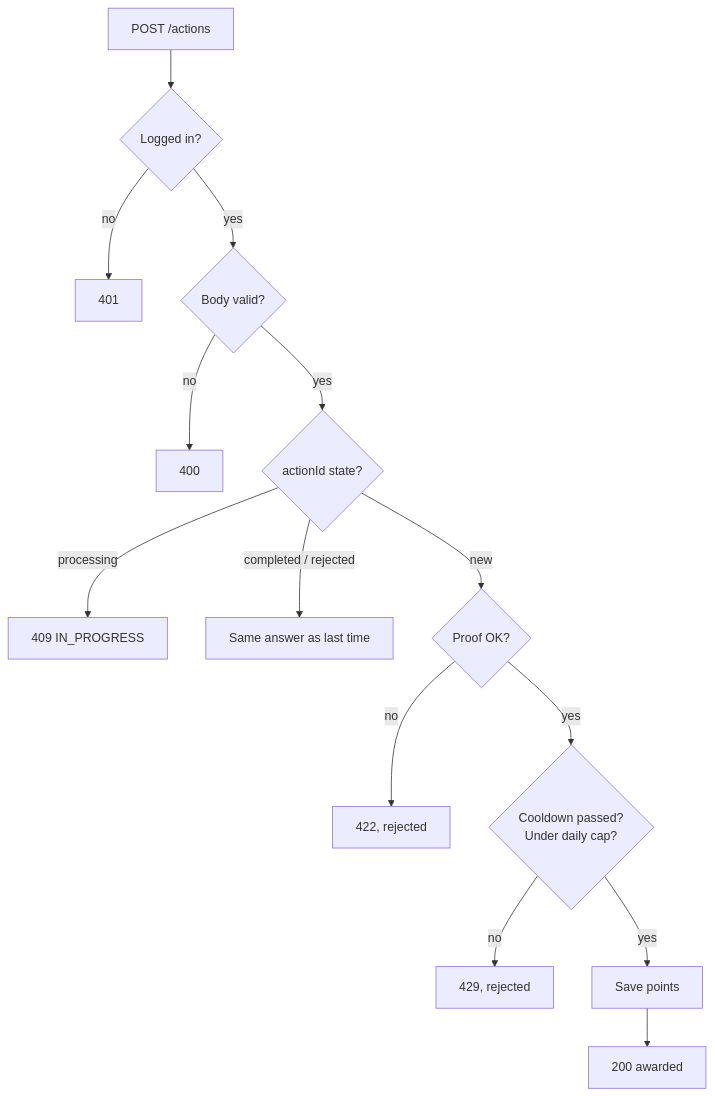
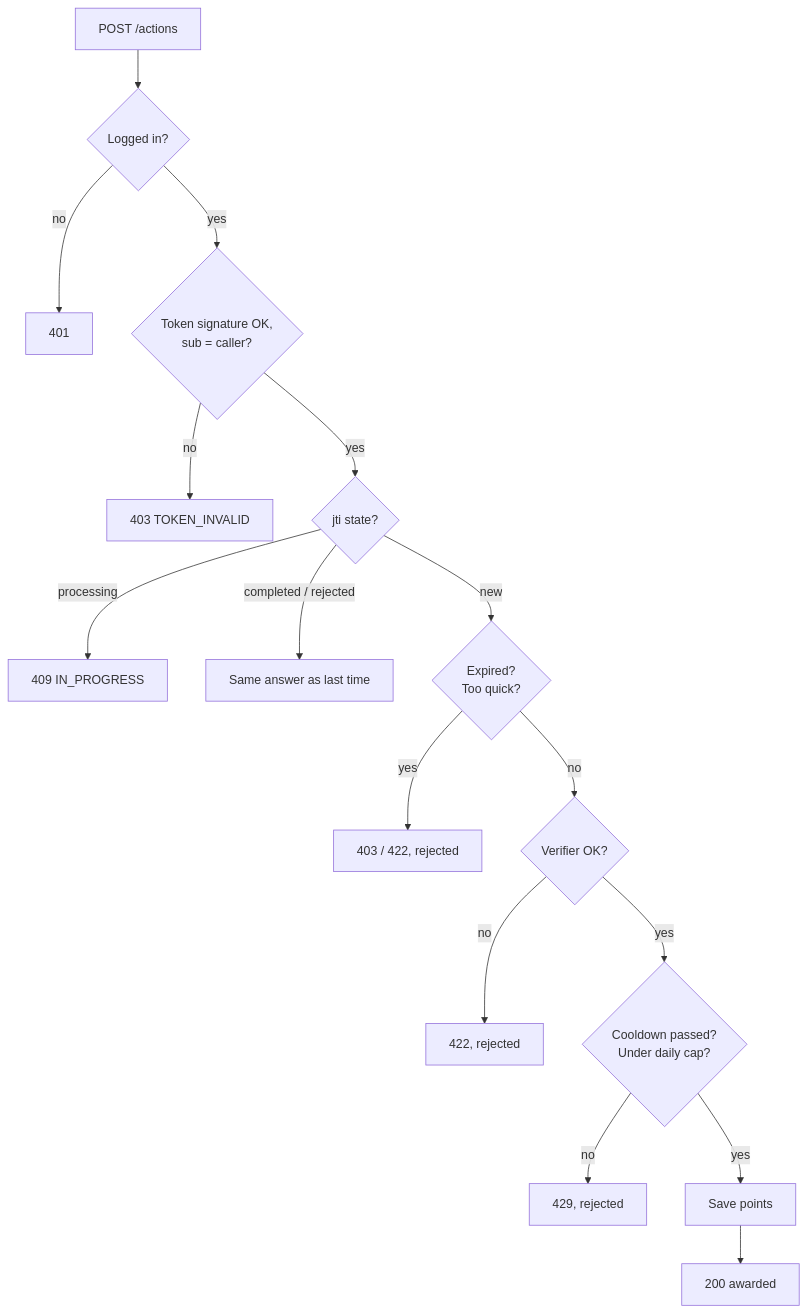
One commit to bavuongco10/code-challenge changed the third of 5 diagrams in src/problem6/README.md. Above: the diagram before and after it, drawn with Mermaid. The commit also changed other lines of this file and 16 other files, not shown here.

First line of the commit message:
feature(problem6): Server-issued action tokens, real proof verifier, move extras to appendix

````diff
--- a/src/problem6/README.md
+++ b/src/problem6/README.md
@@ -164,15 +129,17 @@
 ```mermaid
 flowchart TD
     A["POST /actions"] --> B{"Logged in?"}
     B -- no --> E1["401"]
-    B -- yes --> C{"Body valid?"}
-    C -- no --> E2["400"]
-    C -- yes --> D{"actionId state?"}
+    B -- yes --> T{"Token signature OK,<br/>sub = caller?"}
+    T -- no --> E3["403 TOKEN_INVALID"]
+    T -- yes --> D{"jti state?"}
     D -- processing --> E4["409 IN_PROGRESS"]
     D -- "completed / rejected" --> E5["Same answer as last time"]
-    D -- new --> F{"Proof OK?"}
+    D -- new --> X{"Expired?<br/>Too quick?"}
+    X -- yes --> E8["403 / 422, rejected"]
+    X -- no --> F{"Verifier OK?"}
     F -- no --> E6["422, rejected"]
     F -- yes --> G{"Cooldown passed?<br/>Under daily cap?"}
     G -- no --> E7["429, rejected"]
     G -- yes --> H["Save points"] --> OK["200 awarded"]
 ```
````
